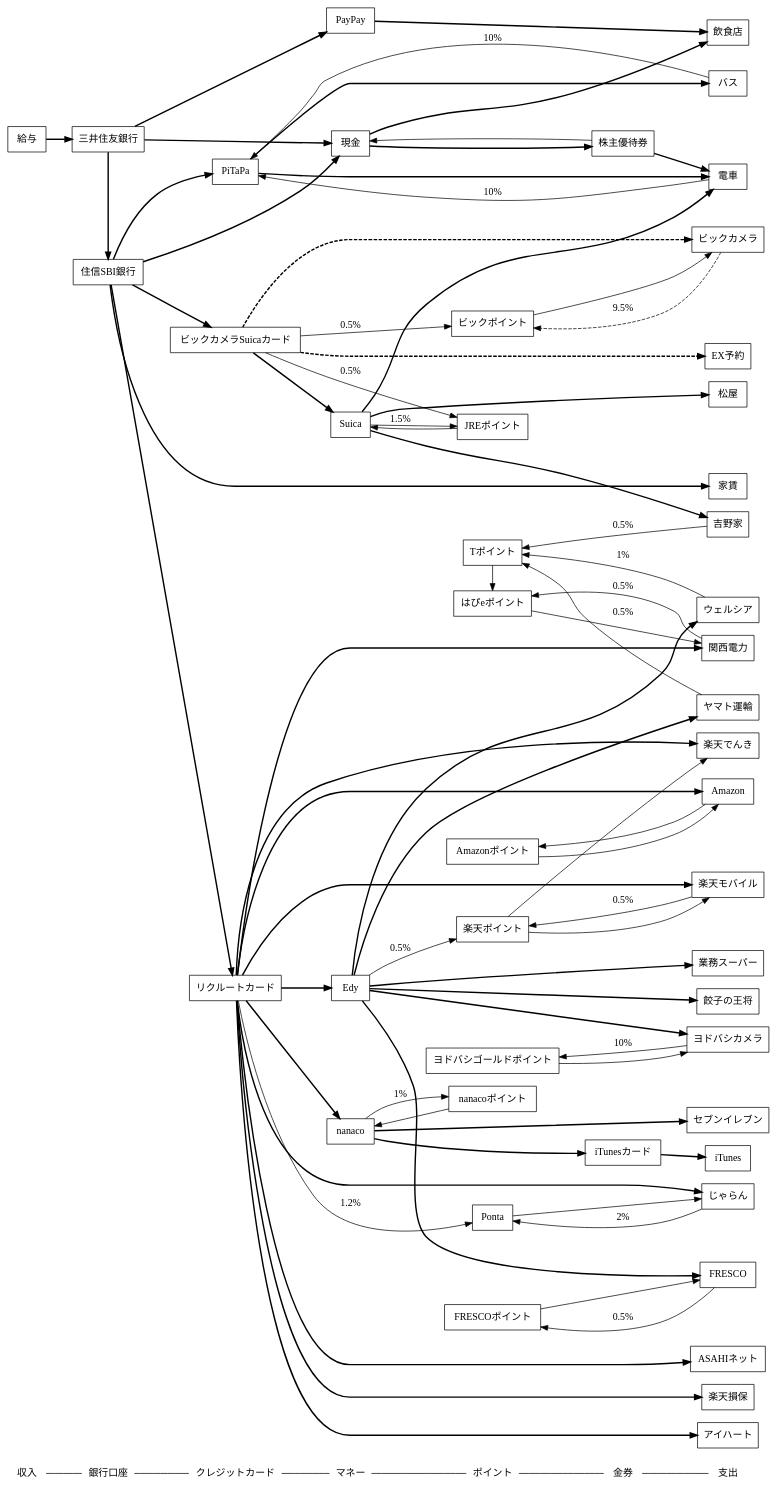
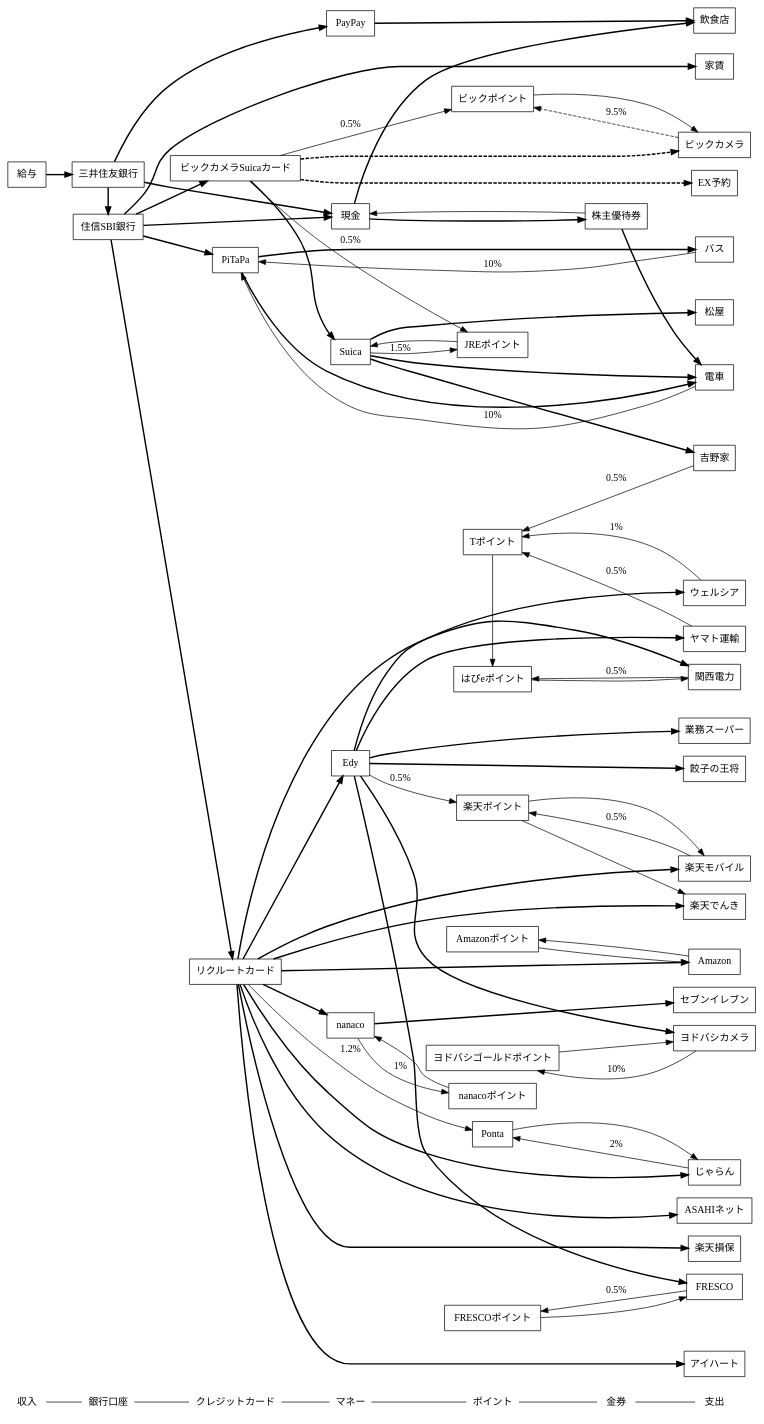
The diagram in moneyflow.dot (saireya/moneyflow), drawn with Graphviz before and after one commit. The commit also changed 1 other file, not shown here.

Commit message:
Removed iTunes

```diff
--- a/moneyflow.dot
+++ b/moneyflow.dot
@@ -1,168 +1,164 @@
 // dot -Tsvg moneyflow.dot -o moneyflow.svg
 // edge: bold: 支出, solid: 還元(label:還元率), dashed: Obsolete
 digraph "MoneyFlow"
 {
 	graph [ rankdir = LR ];
 	node [ shape = box ];
 
 	"収入", "銀行口座", "クレジットカード", "マネー", "ポイント", "金券", "支出" [shape = none];
 	"収入" -> "銀行口座" -> "クレジットカード" -> "マネー" -> "ポイント" -> "金券" -> "支出" [arrowhead = none];
 	{
 		rank = same; "収入";
 		給与;
 	}
 
 	{
 		rank = same; "銀行口座";
 		三井住友銀行;
 		住信SBI銀行;
 	}
 
 	{
 		rank = same; "クレジットカード";
 		ビックカメラSuicaカード;
 		リクルートカード;
 		PiTaPa;
 	}
 
 	{
 		rank = same; "マネー";
 		Suica;
 		現金;
 		nanaco;
 		Edy;
 		PayPay;
 	}
 
 	{
 		rank = same; "ポイント";
 		// 共通ポイント
 		Ponta;
 		Tポイント;
 		楽天ポイント;
 		// クレジットカード関係
 		JREポイント;
 		// 独自ポイント
 		ビックポイント;
 		Amazonポイント;
 		nanacoポイント;
 		FRESCOポイント;
 		ヨドバシゴールドポイント;
 		はぴeポイント;
 	}
 
 	{
 		rank = same; "金券";
 		株主優待券;
-		iTunesカード;
 	}
 
 	{
 		rank = same; "支出";
 		家賃;
 		// コンビニ
 		セブンイレブン;
 		// 交通
 		電車;
 		バス;
 		// インフラ
 		ASAHIネット;
 		楽天モバイル;
 		楽天でんき;
 		関西電力;
 		ヤマト運輸;
 		楽天損保;
 		// 店舗
 		アイハート;
 		ウェルシア;
 		ビックカメラ;
 		ヨドバシカメラ;
 		餃子の王将;
 		飲食店;
 		FRESCO;
 		業務スーパー;
 		松屋;
 		吉野家;
 		// ネット
 		Amazon;
-		iTunes;
 		EX予約;
 		じゃらん;
 	}
 
 	// SMBC
 	給与 -> 三井住友銀行 [style="bold", weight=100];
 	三井住友銀行 -> 現金, 住信SBI銀行 [style="bold", weight=100];
 	三井住友銀行 -> PayPay [style="bold", weight=100];
 	PayPay -> 飲食店 [style="bold", weight=100];
 
 	// ビックカメラSuicaカード
 	ビックカメラSuicaカード -> JREポイント [label="0.5%"];
 	ビックカメラSuicaカード -> ビックカメラ [style="bold,dashed", weight=100];
 	ビックカメラ -> ビックポイント [style="dashed", label="9.5%"];
 	ビックカメラSuicaカード -> ビックポイント [label="0.5%"]
 	ビックポイント -> ビックカメラ;
 	ビックカメラSuicaカード -> Suica -> 電車 [style="bold", weight=100];
 	Suica -> 松屋 [style="bold", weight=100];
 	Suica -> 吉野家 [style="bold", weight=100];
 	吉野家 -> Tポイント [label="0.5%"];
 	ビックカメラSuicaカード -> EX予約 [style="bold,dashed", weight=100];
 	Suica -> JREポイント [label="1.5%"];
 	JREポイント -> Suica;
 
 	// 住信SBI
 	住信SBI銀行 -> 現金 [style="bold", weight=100];
 	住信SBI銀行 -> 家賃 [style="bold", weight=100];
 	住信SBI銀行 -> ビックカメラSuicaカード, リクルートカード, PiTaPa [style="bold", weight=100];
 
 	// リクルートカード
 	リクルートカード -> ASAHIネット [style="bold", weight=100];
 	リクルートカード -> Amazon [style="bold", weight=100];
 	リクルートカード -> じゃらん [style="bold", weight=100];
 	リクルートカード -> アイハート [style="bold", weight=100];
 	リクルートカード -> 関西電力 [style="bold", weight=100];
 	関西電力 -> はぴeポイント [label="0.5%"];
 	はぴeポイント -> 関西電力;
 	リクルートカード -> 楽天でんき [style="bold", weight=100];
 	リクルートカード -> 楽天損保 [style="bold", weight=100];
 	リクルートカード -> 楽天モバイル [style="bold", weight=100];
 	楽天モバイル -> 楽天ポイント [label="0.5%"];
 	楽天ポイント -> 楽天モバイル, 楽天でんき;
 	リクルートカード -> Edy [style="bold", weight=100];
 	Edy -> ヤマト運輸 [style="bold", weight=100];
 	ヤマト運輸 -> Tポイント [label="0.5%"];
 	Edy -> ヨドバシカメラ [style="bold", weight=100];
 	ヨドバシカメラ -> ヨドバシゴールドポイント [label="10%"];
 	ヨドバシゴールドポイント -> ヨドバシカメラ;
 	Edy -> ウェルシア [style="bold", weight=100];
 	ウェルシア -> Tポイント [label="1%"];
 	Tポイント -> はぴeポイント;
 	Edy -> 楽天ポイント [label="0.5%"];
 	リクルートカード -> Ponta [label="1.2%"];
 	Ponta -> じゃらん;
 	じゃらん -> Ponta [label="2%"];
 	Amazon -> Amazonポイント -> Amazon;
 	リクルートカード -> nanaco [style="bold", weight=100];
 	nanaco -> セブンイレブン [style="bold", weight=100];
 	nanaco -> nanacoポイント [label="1%"];
 	nanacoポイント -> nanaco;
-	nanaco -> iTunesカード [style="bold", weight=100];
-	iTunesカード -> iTunes [style="bold", weight=100];
 	Edy -> 業務スーパー [style="bold", weight=100];
 	Edy -> FRESCO [style="bold", weight=100];
 	FRESCO -> FRESCOポイント [label="0.5%"];
 	FRESCOポイント -> FRESCO;
 	Edy -> 餃子の王将 [style="bold", weight=100];
 
 	// PiTaPa
 	PiTaPa -> 電車 [style="bold", weight=100];
 	電車 -> PiTaPa [label="10%"];
 	PiTaPa -> バス [style="bold", weight=100];
 	バス -> PiTaPa [label="10%"];
 
 	// 現金
 	現金 -> 飲食店 [style="bold", weight=100];
 	現金 -> 株主優待券 [style="bold", weight=100];
 	株主優待券 -> 電車 [style="bold", weight=100];
 	株主優待券 -> 現金;
 } 
```
